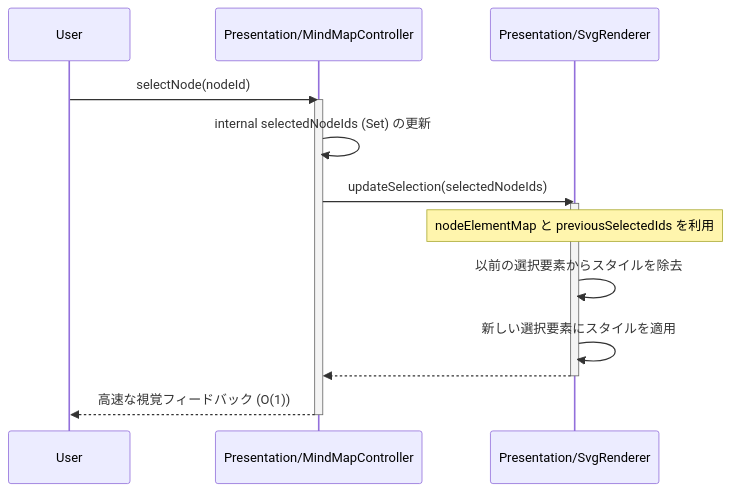
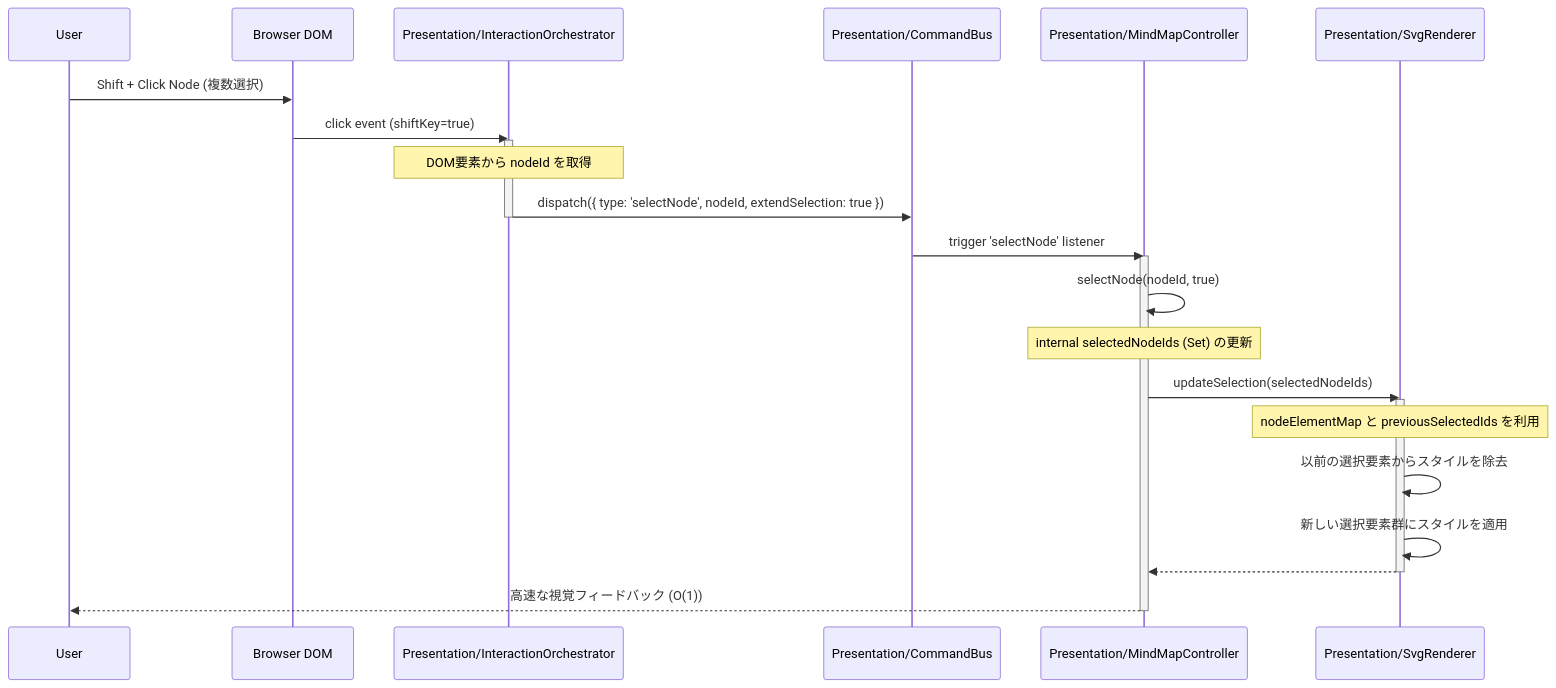
Before and after one commit to hiroooo000/kakidash: the seventh of 7 diagrams in docs/SOFTWARE_ARCHITECTURE_ja.md, drawn with Mermaid. The commit also changed other lines of this file and 17 other files, not shown here.

First line of the commit message:
refactor(interaction): Implement InteractionOrchestrator and CommandBus

````diff
--- a/docs/SOFTWARE_ARCHITECTURE_ja.md
+++ b/docs/SOFTWARE_ARCHITECTURE_ja.md
@@ -376,22 +425,33 @@
 ```mermaid
 sequenceDiagram
     participant User
+    participant DOM as Browser DOM
+    participant Orch as Presentation/InteractionOrchestrator
+    participant Bus as Presentation/CommandBus
     participant Controller as Presentation/MindMapController
     participant Renderer as Presentation/SvgRenderer
 
-    User->>Controller: selectNode(nodeId)
+    User->>DOM: Shift + Click Node (複数選択)
+    DOM->>Orch: click event (shiftKey=true)
+    activate Orch
+    Note over Orch: DOM要素から nodeId を取得
+    Orch->>Bus: dispatch({ type: 'selectNode', nodeId, extendSelection: true })
+    deactivate Orch
+    
+    Bus->>Controller: trigger 'selectNode' listener
     activate Controller
 
-    Controller->>Controller: internal selectedNodeIds (Set) の更新
+    Controller->>Controller: selectNode(nodeId, true)
+    Note over Controller: internal selectedNodeIds (Set) の更新
     
     Controller->>Renderer: updateSelection(selectedNodeIds)
     activate Renderer
     Note over Renderer: nodeElementMap と previousSelectedIds を利用
     Renderer->>Renderer: 以前の選択要素からスタイルを除去
-    Renderer->>Renderer: 新しい選択要素にスタイルを適用
+    Renderer->>Renderer: 新しい選択要素群にスタイルを適用
     Renderer-->>Controller: 
     deactivate Renderer
 
     Controller-->>User: 高速な視覚フィードバック (O(1))
     deactivate Controller
 ```
````
